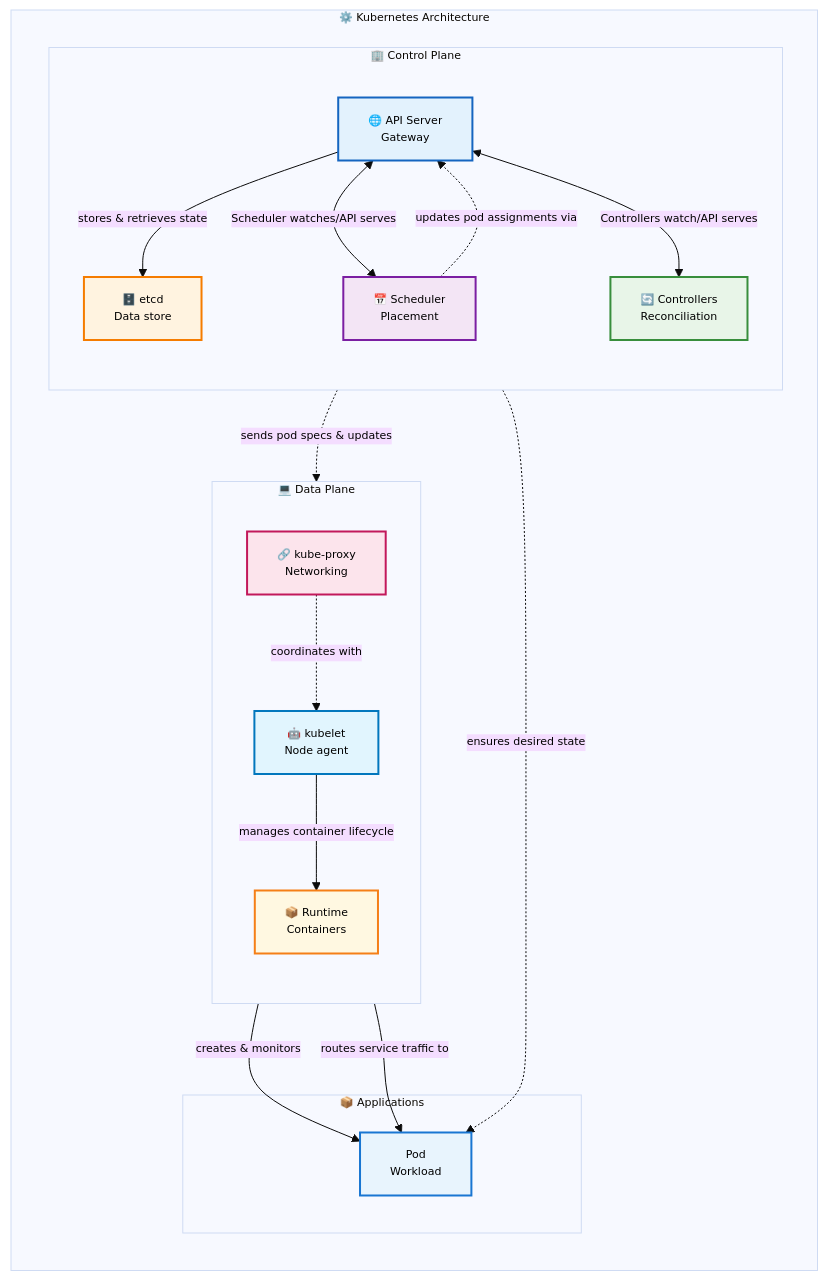
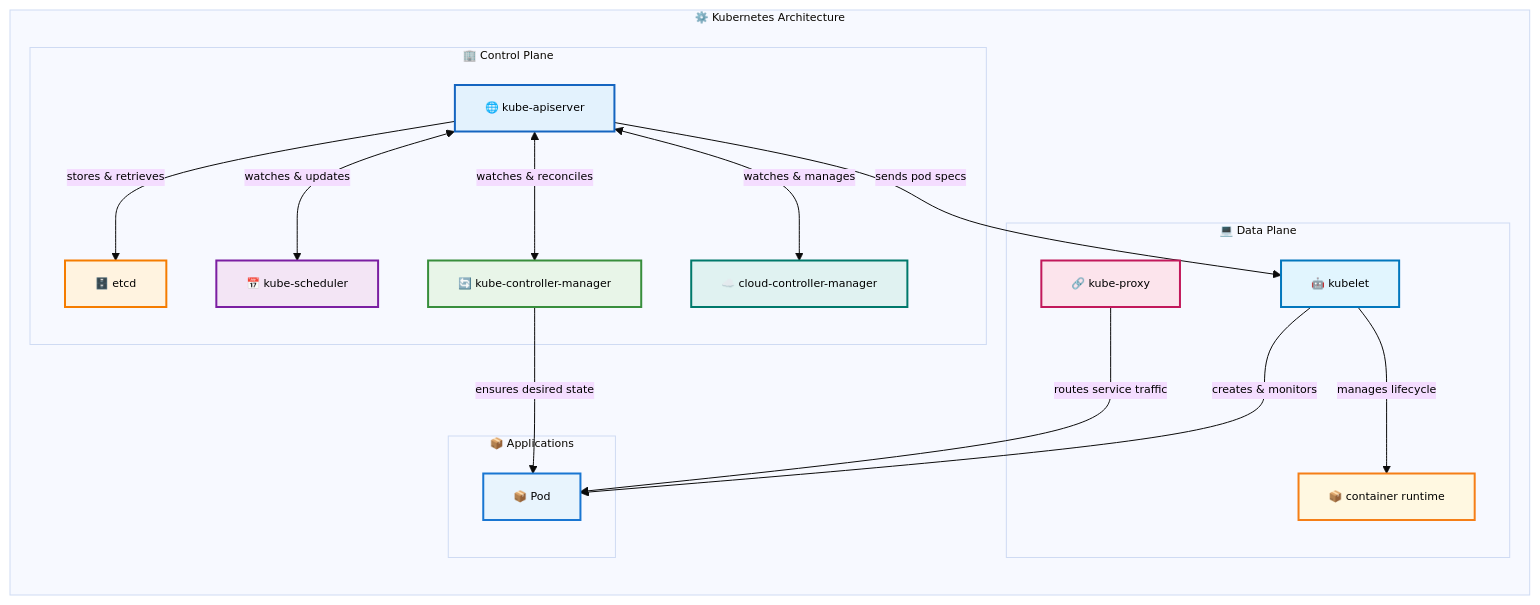
Before and after one commit to razkevich/system_design_course: the diagram in 1.4_distributed_systems/kubernetes_architecture.md, drawn with Mermaid.

Commit message:
exactly once

````diff
--- a/1.4_distributed_systems/kubernetes_architecture.md
+++ b/1.4_distributed_systems/kubernetes_architecture.md
@@ -21,48 +21,49 @@
 ```mermaid
 %%{init: {'theme':'base', 'themeVariables': { 'primaryTextColor': '#000', 'fontSize': '11px'}}}%%
 flowchart LR
     subgraph "⚙️ Kubernetes Architecture"
         
         subgraph CP ["🏢 Control Plane"]
-            direction TB
-            APIServer["🌐 API Server<br/>Gateway"]
-            etcd["🗄️ etcd<br/>Data store"]
-            Scheduler["📅 Scheduler<br/>Placement"]
-            Controllers["🔄 Controllers<br/>Reconciliation"]
-            
-            APIServer -->|"stores & retrieves state"| etcd
-            APIServer <-->|"Scheduler watches/API serves"| Scheduler
-            APIServer <-->|"Controllers watch/API serves"| Controllers
+            APIServer["🌐 kube-apiserver"]
+            etcd["🗄️ etcd"]
+            Scheduler["📅 kube-scheduler"]
+            ControllerMgr["🔄 kube-controller-manager"]
+            CloudController["☁️ cloud-controller-manager"]
         end
         
         subgraph DP ["💻 Data Plane"]
-            direction TB
-            Kubelet["🤖 kubelet<br/>Node agent"]
-            KubeProxy["🔗 kube-proxy<br/>Networking"]  
-            Runtime["📦 Runtime<br/>Containers"]
-            
-            Kubelet -->|"manages container lifecycle"| Runtime
-            KubeProxy -.->|"coordinates with"| Kubelet
+            Kubelet["🤖 kubelet"]
+            KubeProxy["🔗 kube-proxy"]  
+            Runtime["📦 container runtime"]
         end
         
         subgraph Apps ["📦 Applications"]
-            Pod["Pod<br/>Workload"]
+            Pod["📦 Pod"]
         end
         
-        %% Cross-plane communication
-        APIServer -.->|"sends pod specs & updates"| Kubelet
-        Scheduler -.->|"updates pod assignments via"| APIServer
-        Controllers -.->|"ensures desired state"| Pod
+        %% Internal control plane relationships
+        APIServer -->|"stores & retrieves"| etcd
+        APIServer <-->|"watches & updates"| Scheduler
+        APIServer <-->|"watches & reconciles"| ControllerMgr
+        APIServer <-->|"watches & manages"| CloudController
+        
+        %% Internal data plane relationships  
+        Kubelet -->|"manages lifecycle"| Runtime
+        
+        %% Cross-plane interactions
+        APIServer -->|"sends pod specs"| Kubelet
+        ControllerMgr -->|"ensures desired state"| Pod
         Kubelet -->|"creates & monitors"| Pod
-        KubeProxy -->|"routes service traffic to"| Pod
+        KubeProxy -->|"routes service traffic"| Pod
     end
     
     style APIServer fill:#e3f2fd,stroke:#1565c0,stroke-width:2px,color:#000
     style etcd fill:#fff3e0,stroke:#f57c00,stroke-width:2px,color:#000
     style Scheduler fill:#f3e5f5,stroke:#7b1fa2,stroke-width:2px,color:#000
-    style Controllers fill:#e8f5e8,stroke:#388e3c,stroke-width:2px,color:#000
+    style ControllerMgr fill:#e8f5e8,stroke:#388e3c,stroke-width:2px,color:#000
+    style CloudController fill:#e0f2f1,stroke:#00796b,stroke-width:2px,color:#000
     style Kubelet fill:#e1f5fe,stroke:#0277bd,stroke-width:2px,color:#000
     style KubeProxy fill:#fce4ec,stroke:#c2185b,stroke-width:2px,color:#000
     style Runtime fill:#fff8e1,stroke:#f57f17,stroke-width:2px,color:#000
     style Pod fill:#e8f4fd,stroke:#1976d2,stroke-width:2px,color:#000
 ```
````
